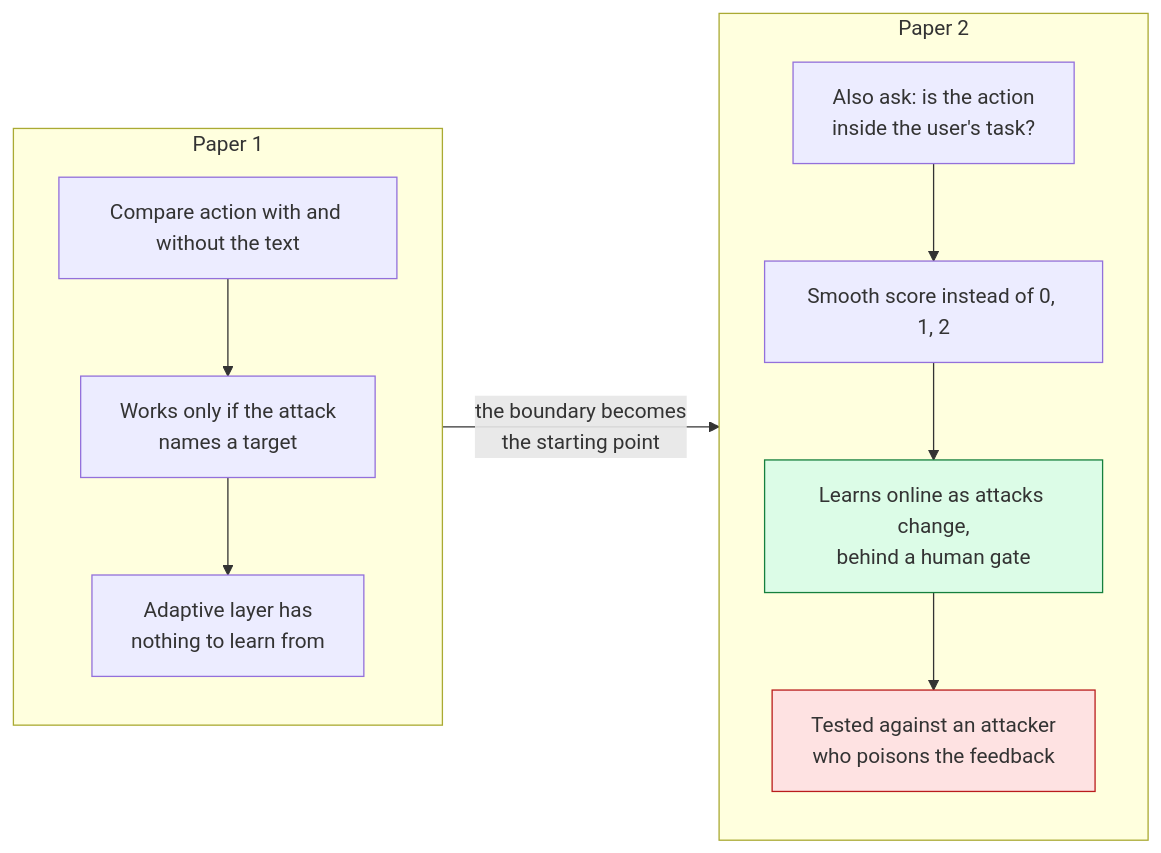
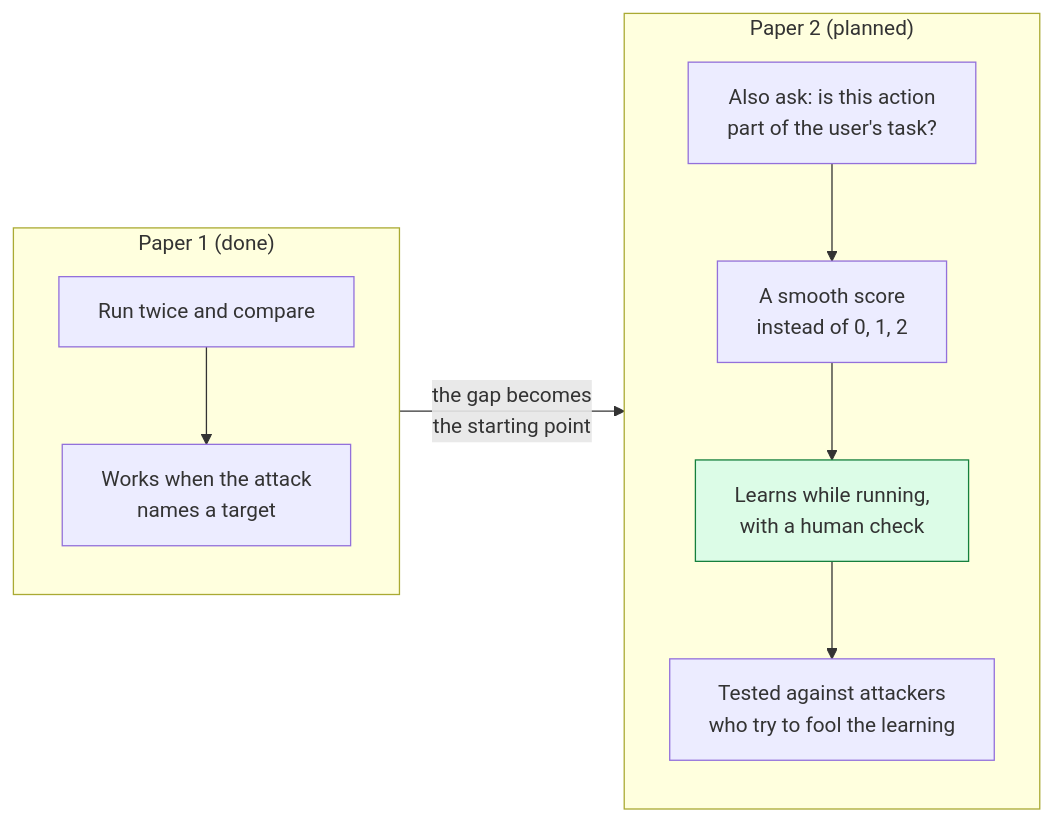
The seventh of 7 diagrams in writeup/07-how-my-research-differs.md (ahmadkhanraj01/adaptishield), drawn with Mermaid before and after one commit. The commit also changed other lines of this file, not shown here.

````diff
--- a/writeup/07-how-my-research-differs.md
+++ b/writeup/07-how-my-research-differs.md
@@ -236,17 +176,15 @@
 ```mermaid
 flowchart LR
-    subgraph P1["Paper 1"]
+    subgraph P1["Paper 1 (done)"]
       direction TB
-      a1["Compare action with and without the text"] --> a2["Works only if the attack<br/>names a target"]
-      a2 --> a3["Adaptive layer has<br/>nothing to learn from"]
+      a1["Run twice and compare"] --> a2["Works when the attack<br/>names a target"]
     end
-    subgraph P2["Paper 2"]
+    subgraph P2["Paper 2 (planned)"]
       direction TB
-      b1["Also ask: is the action<br/>inside the user's task?"] --> b2["Smooth score instead of 0, 1, 2"]
-      b2 --> b3["Learns online as attacks change,<br/>behind a human gate"]
-      b3 --> b4["Tested against an attacker<br/>who poisons the feedback"]
+      b1["Also ask: is this action<br/>part of the user's task?"] --> b2["A smooth score<br/>instead of 0, 1, 2"]
+      b2 --> b3["Learns while running,<br/>with a human check"]
+      b3 --> b4["Tested against attackers<br/>who try to fool the learning"]
     end
-    P1 -->|"the boundary becomes<br/>the starting point"| P2
+    P1 -->|"the gap becomes<br/>the starting point"| P2
     style b3 fill:#dcfce7,stroke:#15803d
-    style b4 fill:#fee2e2,stroke:#b91c1c
 ```
````
